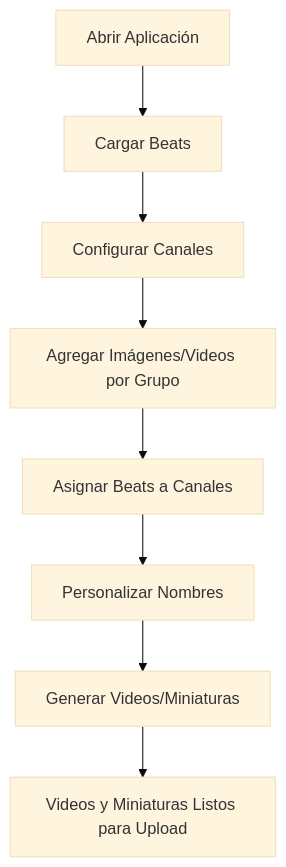
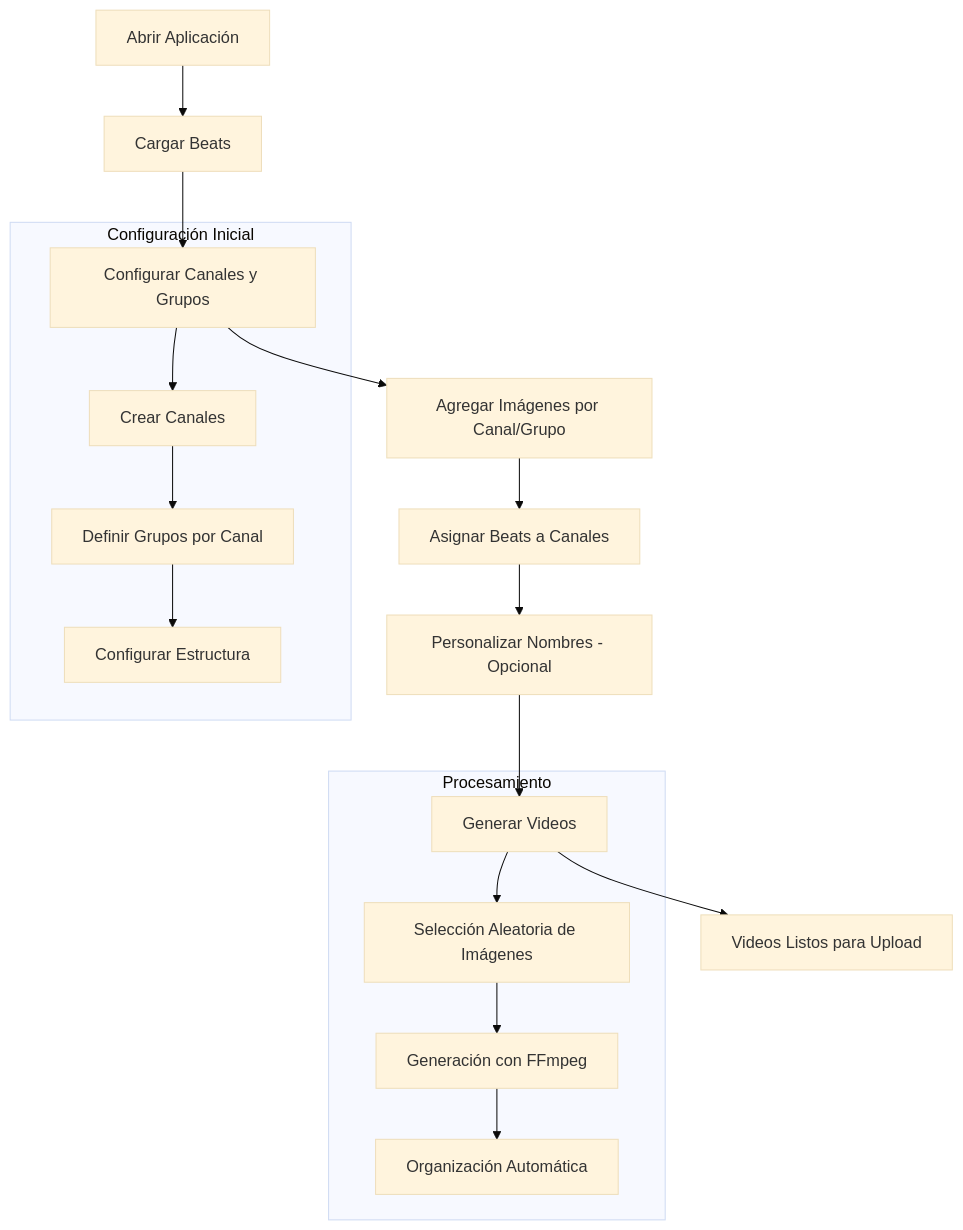
The diagram in README.md (Perree/video-type-beat-generator), drawn with Mermaid (base theme) before and after one commit. The commit also changed other lines of this file and 14 other files, not shown here.

````diff
--- a/README.md
+++ b/README.md
@@ -210,10 +249,22 @@
 ```mermaid
 graph TD
     A[Abrir Aplicación] --> B[Cargar Beats]
-    B --> C[Configurar Canales]
-    C --> D[Agregar Imágenes/Videos por Grupo]
+    B --> C[Configurar Canales y Grupos]
+    C --> D[Agregar Imágenes por Canal/Grupo]
     D --> E[Asignar Beats a Canales]
-    E --> F[Personalizar Nombres]
-    F --> G[Generar Videos/Miniaturas]
-    G --> H[Videos y Miniaturas Listos para Upload]
+    E --> F[Personalizar Nombres - Opcional]
+    F --> G[Generar Videos]
+    G --> H[Videos Listos para Upload]
+    
+    subgraph "Configuración Inicial"
+    C --> C1[Crear Canales]
+    C1 --> C2[Definir Grupos por Canal]
+    C2 --> C3[Configurar Estructura]
+    end
+    
+    subgraph "Procesamiento"
+    G --> G1[Selección Aleatoria de Imágenes]
+    G1 --> G2[Generación con FFmpeg]
+    G2 --> G3[Organización Automática]
+    end
 ```
````
